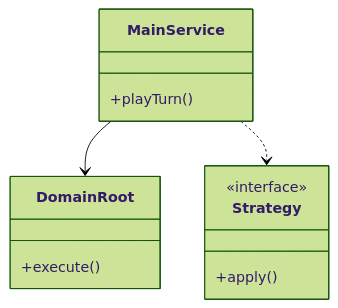
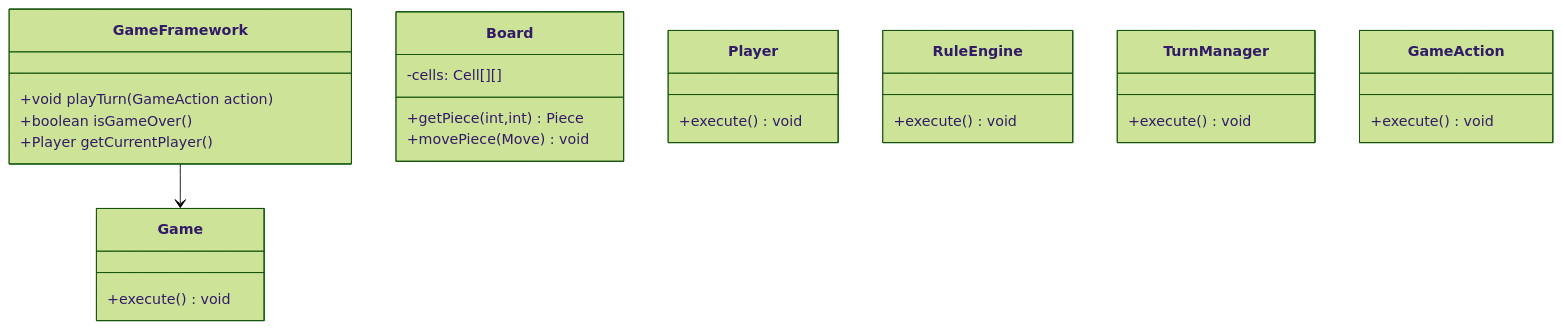
Before and after one commit to madhupaila/Interview-Prep-SSE: the first of 3 diagrams in Learn/System Design - Low Level Design/02-classic-ood/questions/Q41-board-game-framework.md, drawn with Mermaid (forest theme). The commit also changed other lines of this file and 491 other files, not shown here.

````diff
--- a/Learn/System Design - Low Level Design/02-classic-ood/questions/Q41-board-game-framework.md
+++ b/Learn/System Design - Low Level Design/02-classic-ood/questions/Q41-board-game-framework.md
@@ -75,15 +90,29 @@
 ```mermaid
 classDiagram
-    class MainService {
-        +playTurn()
+    class GameFramework {
+        +void playTurn(GameAction action)
+        +boolean isGameOver()
+        +Player getCurrentPlayer()
     }
-    class DomainRoot {
-        +execute()
+    class Game {
+        +execute() void
     }
-    class Strategy {
-        <<interface>>
-        +apply()
+    class Board {
+        -cells: Cell[][]
+        +getPiece(int,int) Piece
+        +movePiece(Move) void
     }
-    MainService --> DomainRoot
-    MainService ..> Strategy
+    class Player {
+        +execute() void
+    }
+    class RuleEngine {
+        +execute() void
+    }
+    class TurnManager {
+        +execute() void
+    }
+    class GameAction {
+        +execute() void
+    }
+    GameFramework --> Game
 ```
````
